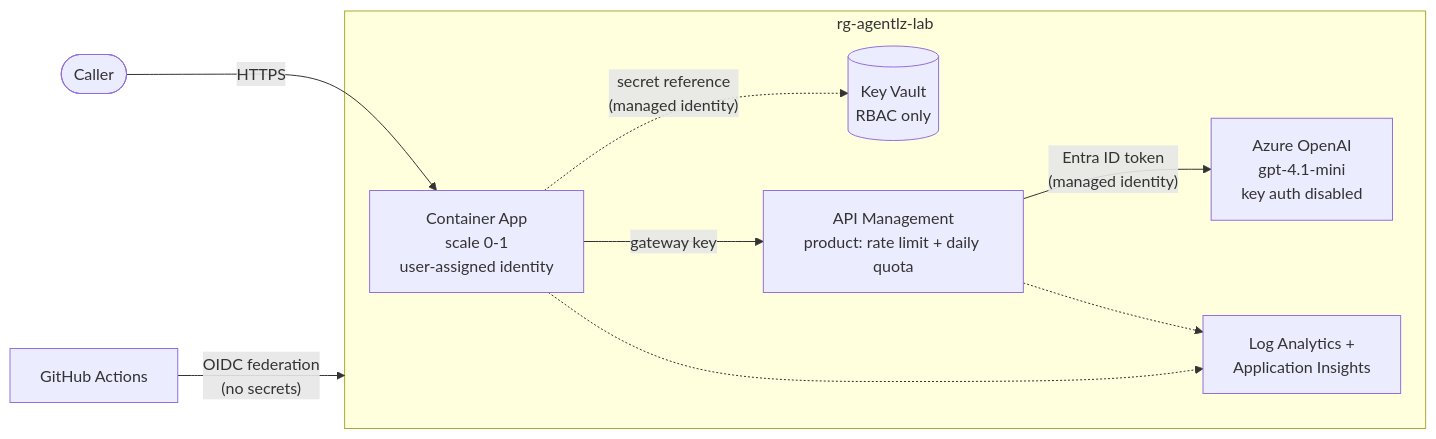
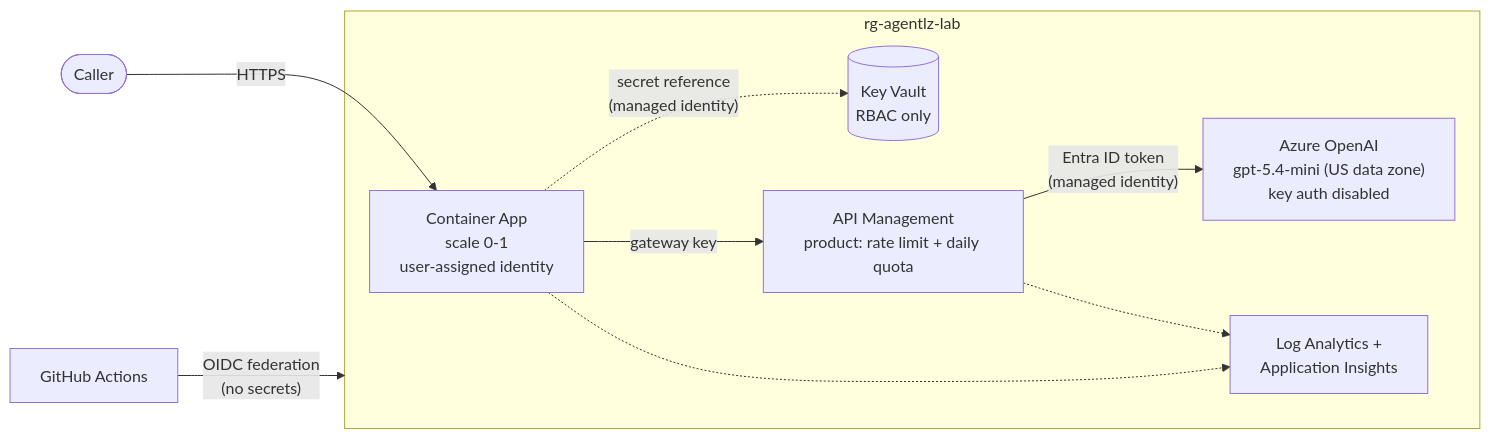
Before and after one commit to zuqdah/azure-agent-landing-zone: the diagram in README.md, drawn with Mermaid. The commit also changed other lines of this file and 9 other files, not shown here.

First line of the commit message:
Switch to gpt-5.4-mini on the v1 API; publish image from CI

````diff
--- a/README.md
+++ b/README.md
@@ -7,20 +7,20 @@
 ```mermaid
 flowchart LR
     user([Caller]) -->|HTTPS| app
 
     subgraph rg[rg-agentlz-lab]
         app["Container App<br/>scale 0-1<br/>user-assigned identity"]
         kv[("Key Vault<br/>RBAC only")]
         apim["API Management<br/>product: rate limit + daily quota"]
-        oai["Azure OpenAI<br/>gpt-4.1-mini<br/>key auth disabled"]
+        oai["Azure OpenAI<br/>gpt-5.4-mini (US data zone)<br/>key auth disabled"]
         obs["Log Analytics +<br/>Application Insights"]
     end
 
     app -. "secret reference<br/>(managed identity)" .-> kv
     app -->|"gateway key"| apim
     apim -->|"Entra ID token<br/>(managed identity)"| oai
     app -.-> obs
     apim -.-> obs
 
     gh["GitHub Actions"] -->|"OIDC federation<br/>(no secrets)"| rg
 ```
````
